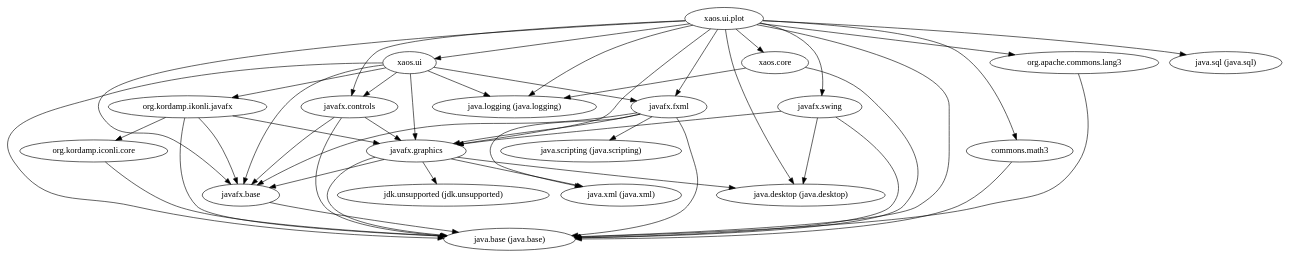
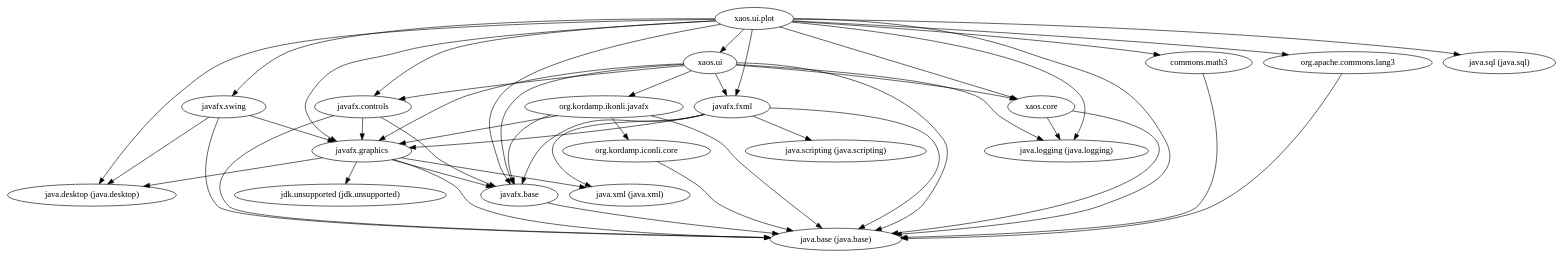
One commit to ESSICS/XAOS changed the diagram in xaos.ui.plot.module/doc/module-dependencies.dot. Above: the diagram before and after it, drawn with Graphviz. The commit also changed 91 other files, not shown here.

Commit message:
Working on ChartUndoManager and CursorTool. Tests almost completed.

```diff
--- a/xaos.ui.plot.module/doc/module-dependencies.dot
+++ b/xaos.ui.plot.module/doc/module-dependencies.dot
@@ -1,48 +1,49 @@
 digraph "summary" {
   "xaos.core"                                        -> "java.base (java.base)";
   "xaos.core"                                        -> "java.logging (java.logging)";
   "javafx.swing"                                     -> "java.base (java.base)";
   "javafx.swing"                                     -> "java.desktop (java.desktop)";
   "javafx.swing"                                     -> "javafx.graphics";
+  "org.kordamp.iconli.core"                          -> "java.base (java.base)";
   "javafx.controls"                                  -> "java.base (java.base)";
   "javafx.controls"                                  -> "javafx.base";
   "javafx.controls"                                  -> "javafx.graphics";
   "xaos.ui"                                          -> "java.base (java.base)";
   "xaos.ui"                                          -> "java.logging (java.logging)";
   "xaos.ui"                                          -> "javafx.base";
   "xaos.ui"                                          -> "javafx.controls";
   "xaos.ui"                                          -> "javafx.fxml";
   "xaos.ui"                                          -> "javafx.graphics";
   "xaos.ui"                                          -> "org.kordamp.ikonli.javafx";
+  "xaos.ui"                                          -> "xaos.core";
   "javafx.fxml"                                      -> "java.base (java.base)";
   "javafx.fxml"                                      -> "java.scripting (java.scripting)";
   "javafx.fxml"                                      -> "java.xml (java.xml)";
   "javafx.fxml"                                      -> "javafx.base";
   "javafx.fxml"                                      -> "javafx.graphics";
+  "org.kordamp.ikonli.javafx"                        -> "java.base (java.base)";
+  "org.kordamp.ikonli.javafx"                        -> "javafx.base";
+  "org.kordamp.ikonli.javafx"                        -> "javafx.graphics";
+  "org.kordamp.ikonli.javafx"                        -> "org.kordamp.iconli.core";
   "xaos.ui.plot"                                     -> "commons.math3";
   "xaos.ui.plot"                                     -> "java.base (java.base)";
   "xaos.ui.plot"                                     -> "java.desktop (java.desktop)";
   "xaos.ui.plot"                                     -> "java.logging (java.logging)";
   "xaos.ui.plot"                                     -> "java.sql (java.sql)";
   "xaos.ui.plot"                                     -> "javafx.base";
   "xaos.ui.plot"                                     -> "javafx.controls";
   "xaos.ui.plot"                                     -> "javafx.fxml";
   "xaos.ui.plot"                                     -> "javafx.graphics";
   "xaos.ui.plot"                                     -> "javafx.swing";
   "xaos.ui.plot"                                     -> "org.apache.commons.lang3";
   "xaos.ui.plot"                                     -> "xaos.core";
   "xaos.ui.plot"                                     -> "xaos.ui";
   "org.apache.commons.lang3"                         -> "java.base (java.base)";
-  "org.kordamp.ikonli.javafx"                        -> "java.base (java.base)";
-  "org.kordamp.ikonli.javafx"                        -> "javafx.base";
-  "org.kordamp.ikonli.javafx"                        -> "javafx.graphics";
-  "org.kordamp.ikonli.javafx"                        -> "org.kordamp.iconli.core";
-  "org.kordamp.iconli.core"                          -> "java.base (java.base)";
   "javafx.graphics"                                  -> "java.base (java.base)";
   "javafx.graphics"                                  -> "java.desktop (java.desktop)";
   "javafx.graphics"                                  -> "java.xml (java.xml)";
   "javafx.graphics"                                  -> "javafx.base";
   "javafx.graphics"                                  -> "jdk.unsupported (jdk.unsupported)";
   "javafx.base"                                      -> "java.base (java.base)";
   "commons.math3"                                    -> "java.base (java.base)";
 }
```
